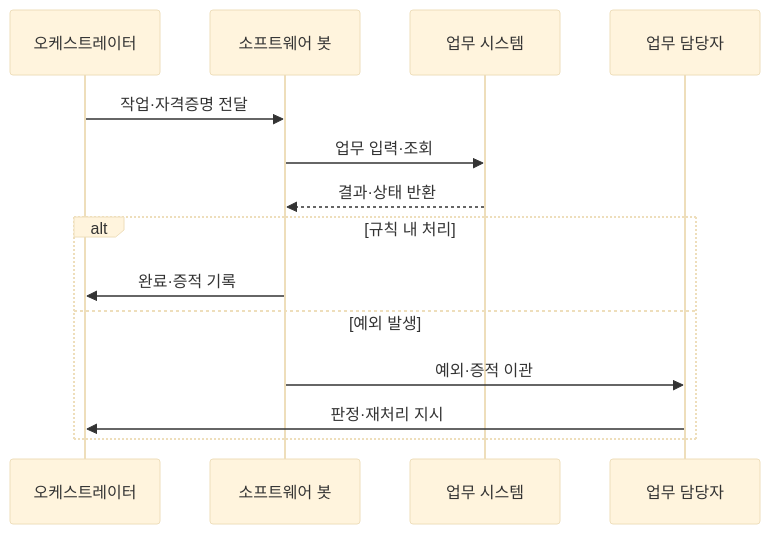
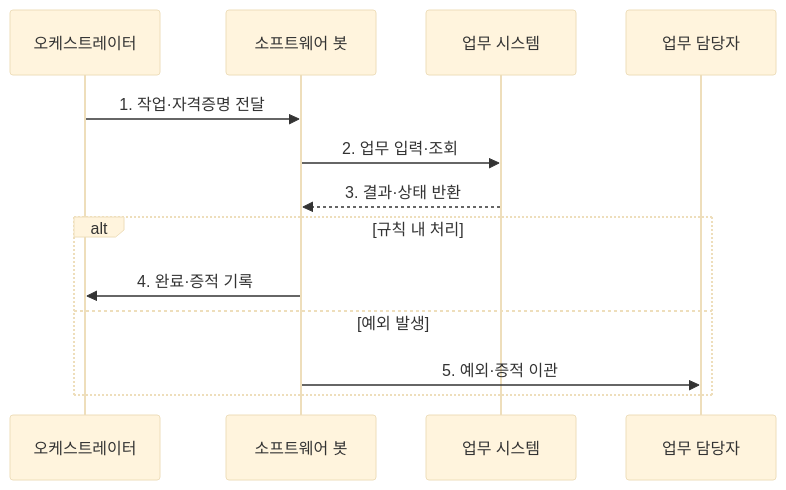
One commit to agnusdei1207/knowledge-base changed the second of 2 diagrams in src/content/docs/notes/03-software/209_rpa.md. Above: the diagram before and after it, drawn with Mermaid (base theme). The commit also changed other lines of this file and 20 other files, not shown here.

````diff
--- a/src/content/docs/notes/03-software/209_rpa.md
+++ b/src/content/docs/notes/03-software/209_rpa.md
@@ -78,16 +82,16 @@
 ```mermaid
 sequenceDiagram
     participant O as 오케스트레이터
     participant B as 소프트웨어 봇
     participant S as 업무 시스템
     participant H as 업무 담당자
-    O->>B: 작업·자격증명 전달
-    B->>S: 업무 입력·조회
-    S-->>B: 결과·상태 반환
+    O->>B: 1. 작업·자격증명 전달
+    B->>S: 2. 업무 입력·조회
+    S-->>B: 3. 결과·상태 반환
     alt 규칙 내 처리
-        B->>O: 완료·증적 기록
+        B->>O: 4. 완료·증적 기록
     else 예외 발생
-        B->>H: 예외·증적 이관
-        H->>O: 판정·재처리 지시
+        B->>H: 5. 예외·증적 이관
+
     end
 ```
````
